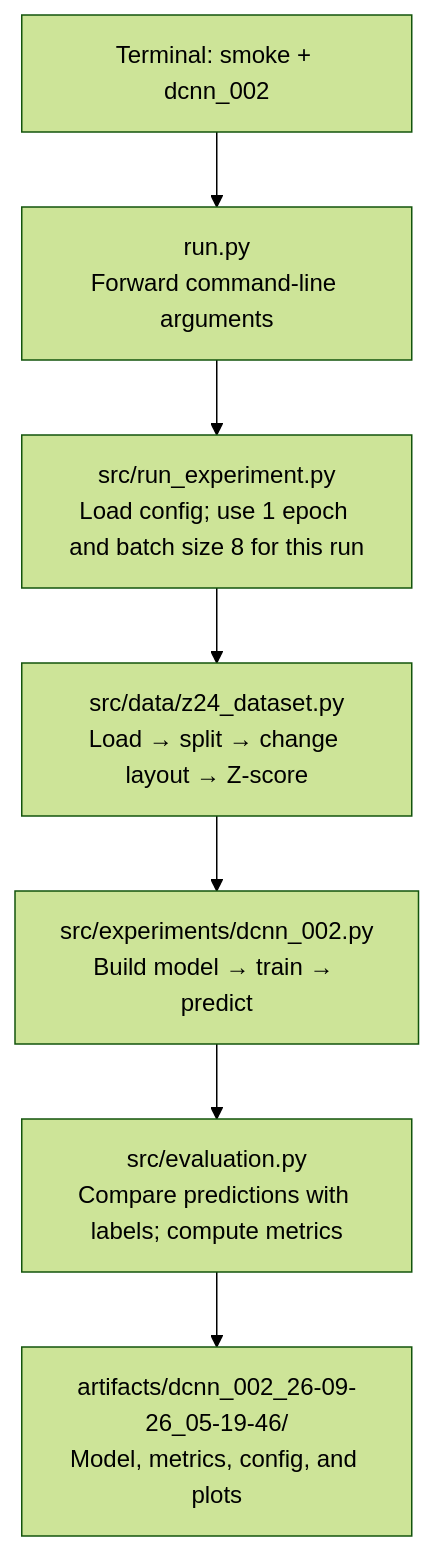
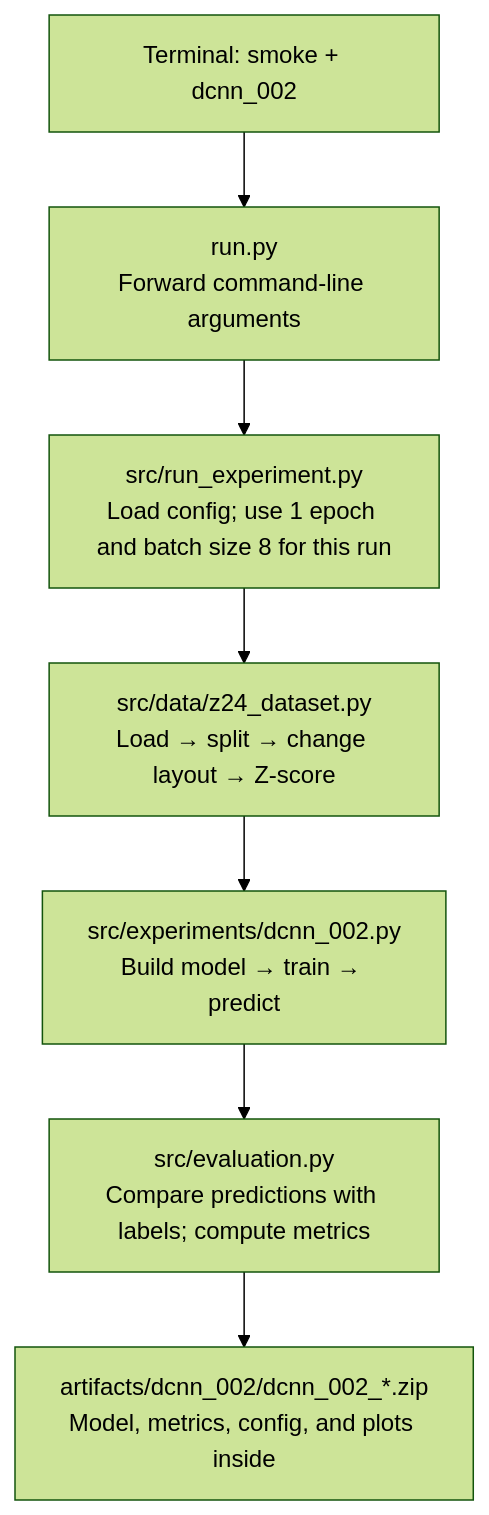
One commit to tranvanphuongdevdream-web/shm_ml changed the diagram in README.md. Above: the diagram before and after it, drawn with Mermaid (forest theme). The commit also changed other lines of this file and 5 other files, not shown here.

````diff
--- a/README.md
+++ b/README.md
@@ -97,9 +97,9 @@
 ```mermaid
 flowchart TD
     A["Terminal: smoke + dcnn_002"] --> B["run.py<br/>Forward command-line arguments"]
     B --> C["src/run_experiment.py<br/>Load config; use 1 epoch and batch size 8 for this run"]
     C --> D["src/data/z24_dataset.py<br/>Load → split → change layout → Z-score"]
     D --> E["src/experiments/dcnn_002.py<br/>Build model → train → predict"]
     E --> F["src/evaluation.py<br/>Compare predictions with labels; compute metrics"]
-    F --> G["artifacts/dcnn_002_26-09-26_05-19-46/<br/>Model, metrics, config, and plots"]
+    F --> G["artifacts/dcnn_002/dcnn_002_*.zip<br/>Model, metrics, config, and plots inside"]
 ```
````
